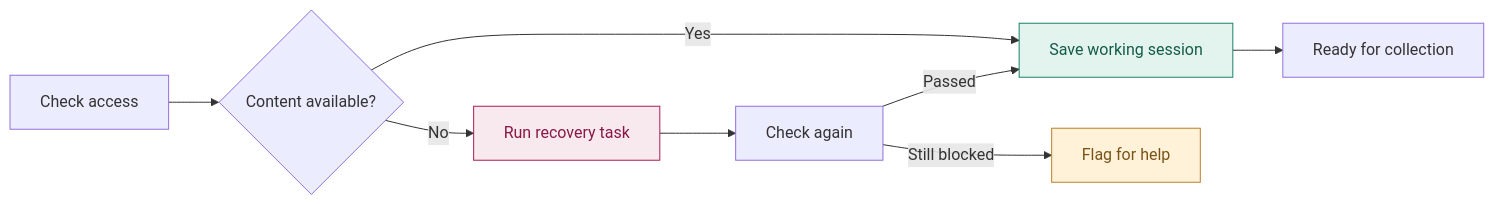
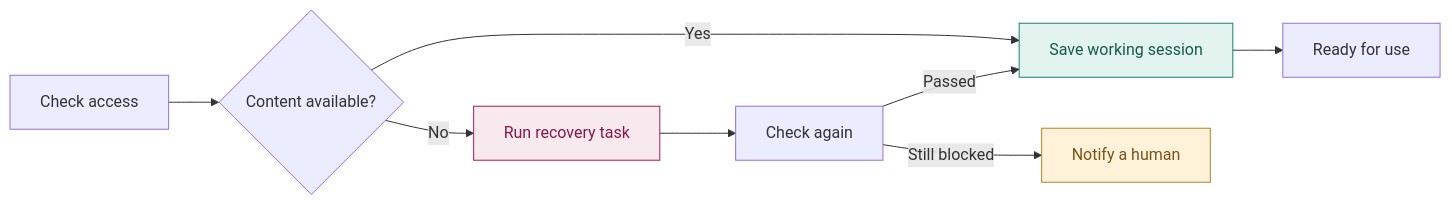
One commit to ArchiveBox/browser-session-autohealer changed the diagram in README.md. Above: the diagram before and after it, drawn with Mermaid.

Commit message:
Update flowchart labels in README.md

````diff
--- a/README.md
+++ b/README.md
@@ -87,13 +87,13 @@
 ```mermaid
 flowchart LR
     A[Check access] --> B{Content available?}
     B -->|Yes| C[Save working session]
     B -->|No| D[Run recovery task]
     D --> E[Check again]
     E -->|Passed| C
-    E -->|Still blocked| F[Flag for help]
-    C --> G[Ready for collection]
+    E -->|Still blocked| F[Notify a human]
+    C --> G[Ready for use]
     style C fill:#e3f3ed,stroke:#16836b,color:#145c49
     style D fill:#f8e9ef,stroke:#aa1e55,color:#881844
     style F fill:#fff2d9,stroke:#b78126,color:#785318
 ```
````
